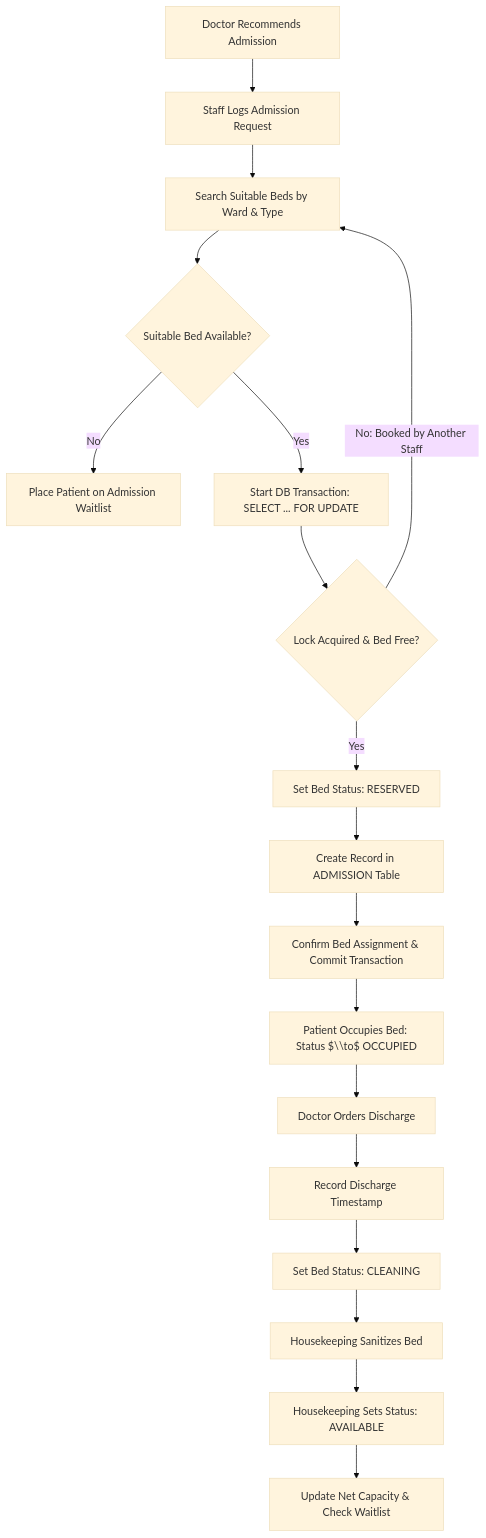
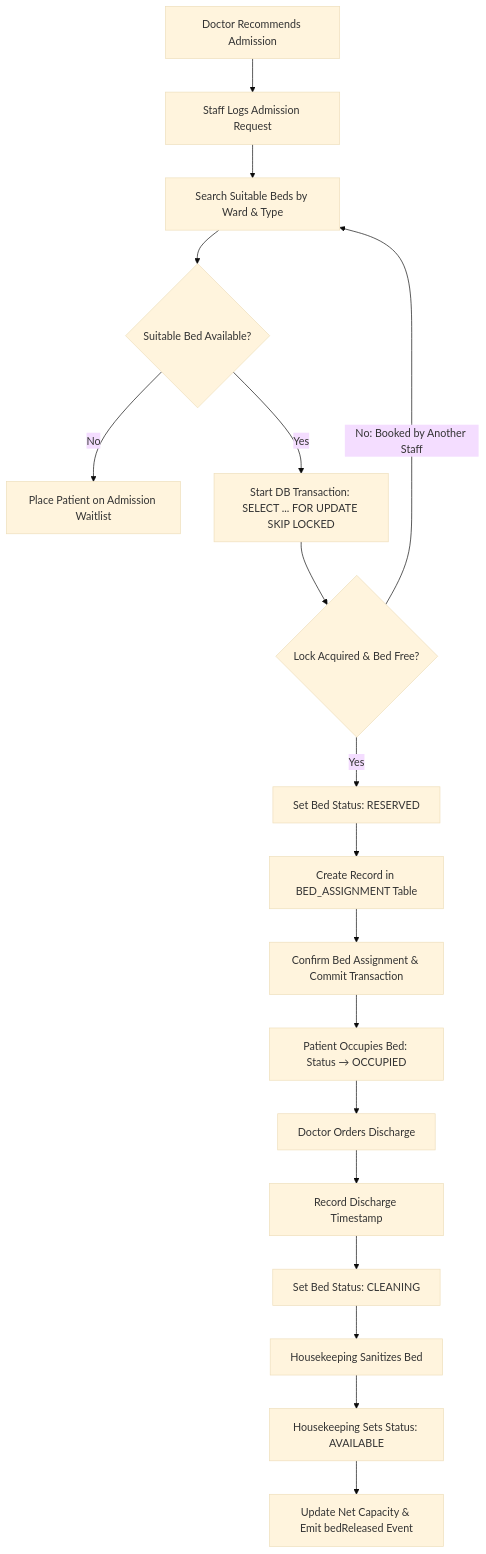
One commit to Ar1es-XD/AP-Project changed the seventh of 9 diagrams in documentation/Hospital_Management_System_Proposal.md. Above: the diagram before and after it, drawn with Mermaid (base theme). The commit also changed other lines of this file and 1 other file, not shown here.

````diff
--- a/documentation/Hospital_Management_System_Proposal.md
+++ b/documentation/Hospital_Management_System_Proposal.md
@@ -394,20 +693,20 @@
 ```mermaid
 flowchart TD
     A[Doctor Recommends Admission] --> B[Staff Logs Admission Request]
     B --> C[Search Suitable Beds by Ward & Type]
     C --> D{Suitable Bed Available?}
     D -->|No| E[Place Patient on Admission Waitlist]
-    D -->|Yes| F[Start DB Transaction: SELECT ... FOR UPDATE]
+    D -->|Yes| F["Start DB Transaction: SELECT ... FOR UPDATE SKIP LOCKED"]
     F --> G{Lock Acquired & Bed Free?}
-    G -->|No: Booked by Another Staff| C
+    G -->|"No: Booked by Another Staff"| C
     G -->|Yes| H[Set Bed Status: RESERVED]
-    H --> I[Create Record in ADMISSION Table]
+    H --> I[Create Record in BED_ASSIGNMENT Table]
     I --> J[Confirm Bed Assignment & Commit Transaction]
-    J --> K[Patient Occupies Bed: Status $\\to$ OCCUPIED]
+    J --> K["Patient Occupies Bed: Status → OCCUPIED"]
     K --> L[Doctor Orders Discharge]
     L --> M[Record Discharge Timestamp]
     M --> N[Set Bed Status: CLEANING]
     N --> O[Housekeeping Sanitizes Bed]
     O --> P[Housekeeping Sets Status: AVAILABLE]
-    P --> Q[Update Net Capacity & Check Waitlist]
+    P --> Q["Update Net Capacity & Emit bedReleased Event"]
 ```
````
